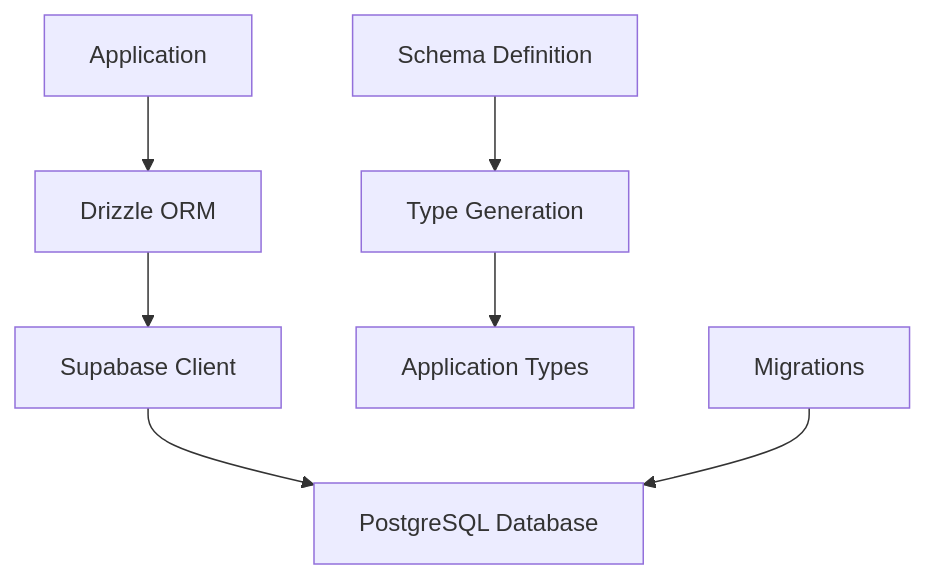
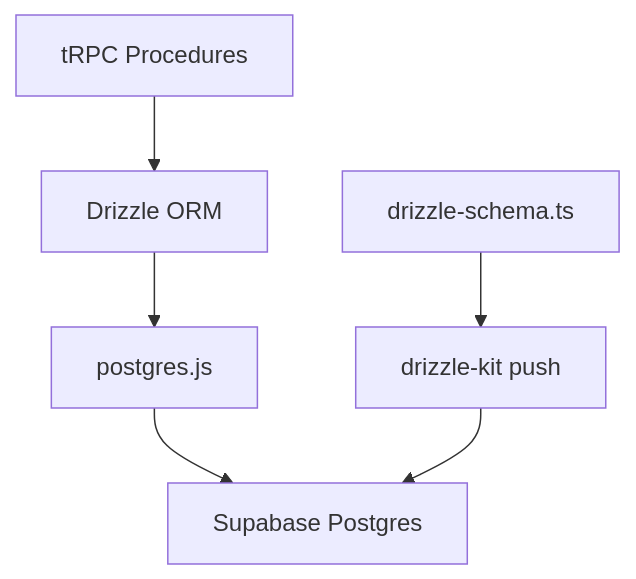
One commit to bigdropincs/kit changed the diagram in apps/web/content/docs/architecture/database.mdx. Above: the diagram before and after it, drawn with Mermaid. The commit also changed other lines of this file and 10 other files, not shown here.

````diff
--- a/apps/web/content/docs/architecture/database.mdx
+++ b/apps/web/content/docs/architecture/database.mdx
@@ -18,11 +18,9 @@
 ```mermaid
 graph TB
-    A[Application] --> B[Drizzle ORM]
-    B --> C[Supabase Client]
-    C --> D[PostgreSQL Database]
+    A[tRPC Procedures] --> B[Drizzle ORM]
+    B --> C[postgres.js]
+    C --> D[Supabase Postgres]
 
-    E[Schema Definition] --> F[Type Generation]
-    F --> G[Application Types]
-
-    H[Migrations] --> D
+    E[drizzle-schema.ts] --> F[drizzle-kit push]
+    F --> D
 ```
````
